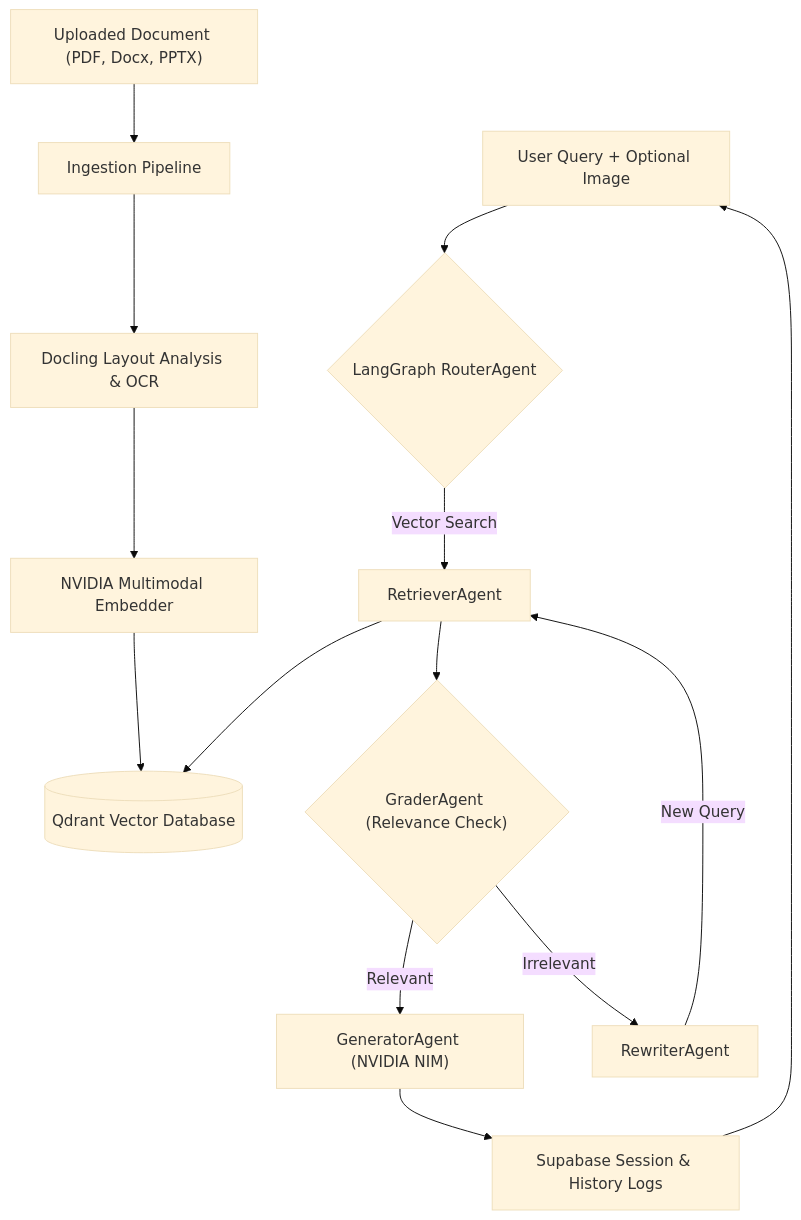
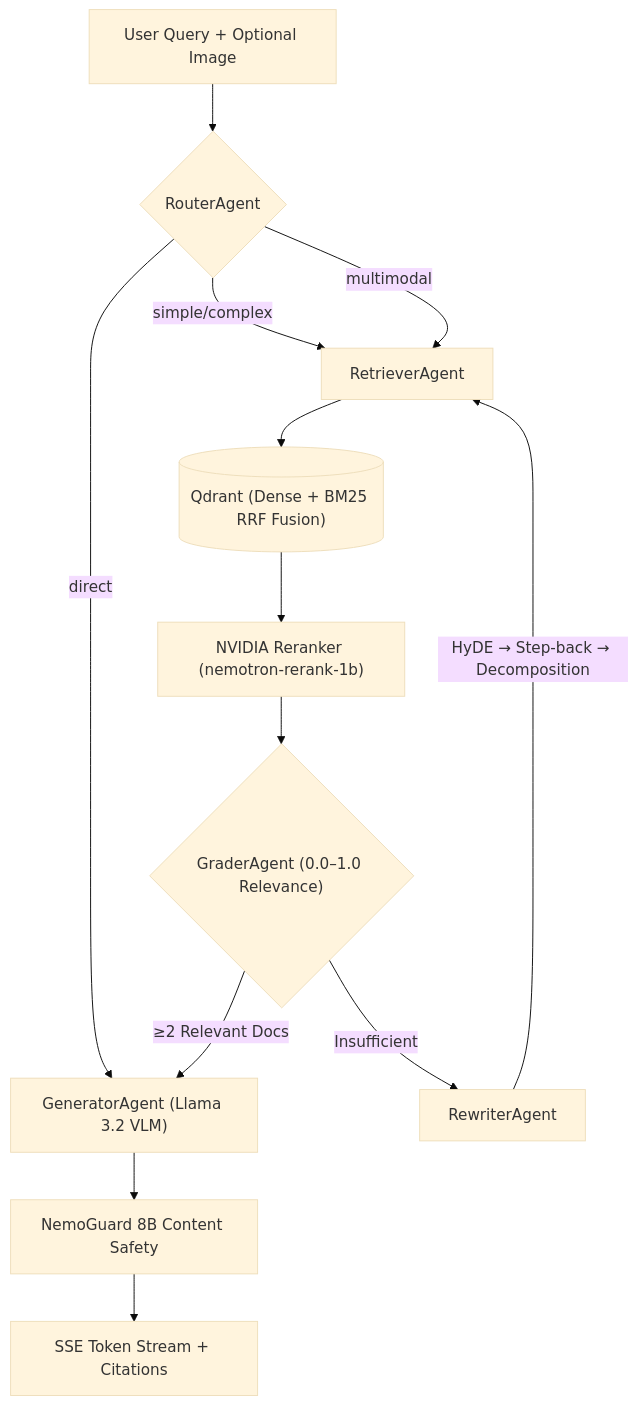
The diagram in README.md (Vignesh-Manivasakam/Lumina), drawn with Mermaid (base theme) before and after one commit. The commit also changed other lines of this file, not shown here.

Commit message:
docs: comprehensive README with CRAG agents, multimodal ingestion, and NemoGuard safety

````diff
--- a/README.md
+++ b/README.md
@@ -24,19 +20,18 @@
 ```mermaid
 graph TD
-    PDF["Uploaded Document (PDF, Docx, PPTX)"] --> Ingest["Ingestion Pipeline"]
-    Ingest --> Docling["Docling Layout Analysis & OCR"]
-    Docling --> Embedder["NVIDIA Multimodal Embedder"]
-    Embedder --> Qdrant[("Qdrant Vector Database")]
+    Query["User Query + Optional Image"] --> Router{"RouterAgent"}
+    Router -->|simple/complex| Retrieve["RetrieverAgent"]
+    Router -->|multimodal| Retrieve
+    Router -->|direct| Generate
     
-    User["User Query + Optional Image"] --> Route{"LangGraph RouterAgent"}
-    Route -->|Vector Search| Retrieve["RetrieverAgent"]
-    Retrieve --> Qdrant
-    Retrieve --> Grader{"GraderAgent (Relevance Check)"}
+    Retrieve --> Qdrant[("Qdrant (Dense + BM25 RRF Fusion)")]
+    Qdrant --> Rerank["NVIDIA Reranker (nemotron-rerank-1b)"]
+    Rerank --> Grader{"GraderAgent (0.0–1.0 Relevance)"}
     
-    Grader -->|Relevant| Generate["GeneratorAgent (NVIDIA NIM)"]
-    Grader -->|Irrelevant| Rewrite["RewriterAgent"]
-    Rewrite -->|New Query| Retrieve
+    Grader -->|≥2 Relevant Docs| Generate["GeneratorAgent (Llama 3.2 VLM)"]
+    Grader -->|Insufficient| Rewrite["RewriterAgent"]
+    Rewrite -->|"HyDE → Step-back → Decomposition"| Retrieve
     
-    Generate --> Session["Supabase Session & History Logs"]
-    Session --> User
+    Generate --> Safety["NemoGuard 8B Content Safety"]
+    Safety --> Stream["SSE Token Stream + Citations"]
 ```
````
